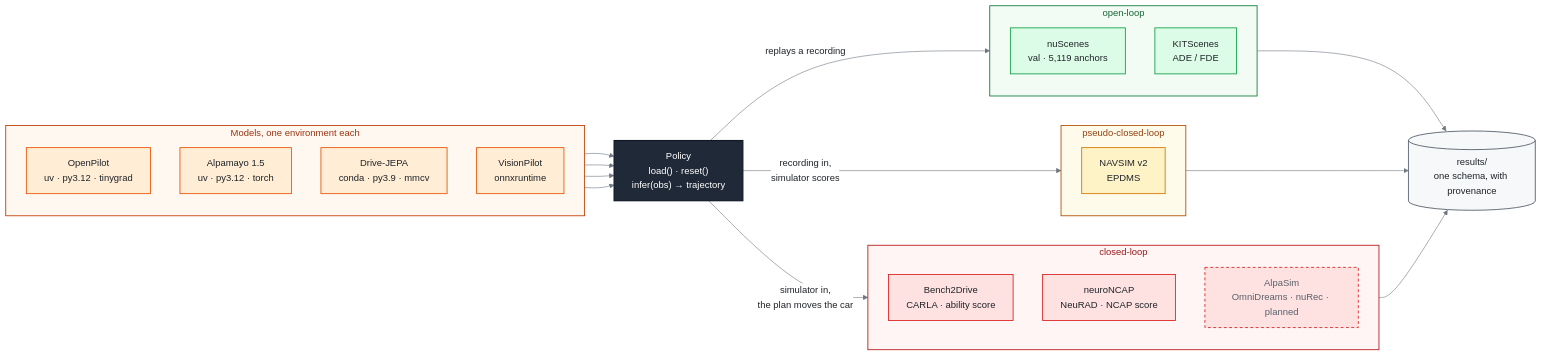
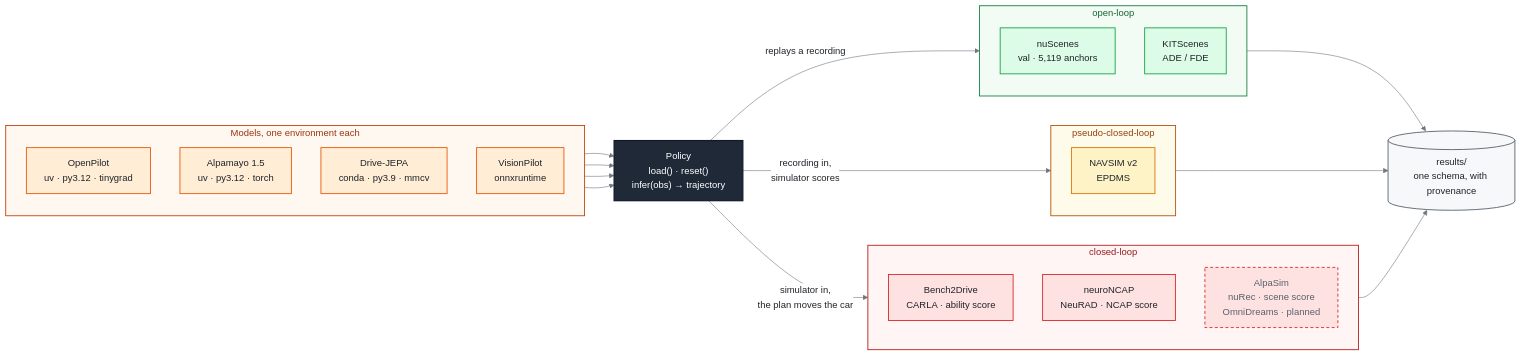
Before and after one commit to FastCodeAI/Paddock: the diagram in README.md, drawn with Mermaid. The commit also changed other lines of this file, not shown here.

First line of the commit message:
README: AlpaSim (nuRec) results on the first 10 public_2601 scenes

````diff
--- a/README.md
+++ b/README.md
@@ -33,57 +33,57 @@
 ```mermaid
 %%{init: {"theme": "base", "themeVariables": {"primaryTextColor": "#1f2328", "lineColor": "#6e7781",
   "edgeLabelBackground": "#ffffff", "clusterBkg": "#ffffff", "clusterBorder": "#d0d7de"}}}%%
 flowchart LR
     subgraph models ["Models, one environment each"]
         direction TB
         op["OpenPilot<br/>uv · py3.12 · tinygrad"]
         al["Alpamayo 1.5<br/>uv · py3.12 · torch"]
         dj["Drive-JEPA<br/>conda · py3.9 · mmcv"]
         vp["VisionPilot<br/>onnxruntime"]
     end
 
     pol["Policy<br/>load() · reset()<br/>infer(obs) → trajectory"]
 
     subgraph open ["open-loop"]
         direction TB
         ns["nuScenes<br/>val · 5,119 anchors"]
         ks["KITScenes<br/>ADE / FDE"]
     end
     subgraph pseudo ["pseudo-closed-loop"]
         nv["NAVSIM v2<br/>EPDMS"]
     end
     subgraph closed ["closed-loop"]
         direction TB
         b2d["Bench2Drive<br/>CARLA · ability score"]
         nc["neuroNCAP<br/>NeuRAD · NCAP score"]
-        alp["AlpaSim<br/>OmniDreams · nuRec · planned"]
+        alp["AlpaSim<br/>nuRec · scene score<br/>OmniDreams · planned"]
     end
 
     res[("results/<br/>one schema, with provenance")]
 
     op & al & dj & vp --> pol
     pol -- "replays a recording" --> open
     pol -- "recording in,<br/>simulator scores" --> pseudo
     pol -- "simulator in,<br/>the plan moves the car" --> closed
     open & pseudo & closed --> res
 
     style models fill:#fff8f1,stroke:#c2410c,stroke-width:1.5px,color:#9a3412
     style open   fill:#f2fbf4,stroke:#15803d,stroke-width:1.5px,color:#166534
     style pseudo fill:#fffbeb,stroke:#b45309,stroke-width:1.5px,color:#92400e
     style closed fill:#fff5f5,stroke:#b91c1c,stroke-width:1.5px,color:#991b1b
 
     classDef model   fill:#ffedd5,stroke:#ea580c,stroke-width:1.5px,color:#1f2328
     classDef waist   fill:#1f2937,stroke:#111827,stroke-width:2px,color:#ffffff
     classDef ol      fill:#dcfce7,stroke:#16a34a,stroke-width:1.5px,color:#1f2328
     classDef pcl     fill:#fef3c7,stroke:#d97706,stroke-width:1.5px,color:#1f2328
     classDef cl      fill:#fee2e2,stroke:#dc2626,stroke-width:1.5px,color:#1f2328
     classDef planned stroke-dasharray:5 4,color:#57606a
     classDef store   fill:#f6f8fa,stroke:#57606a,stroke-width:1.5px,color:#1f2328
     class op,al,dj,vp model
     class pol waist
     class ns,ks ol
     class nv pcl
     class b2d,nc,alp cl
     class alp planned
     class res store
 ```
````
